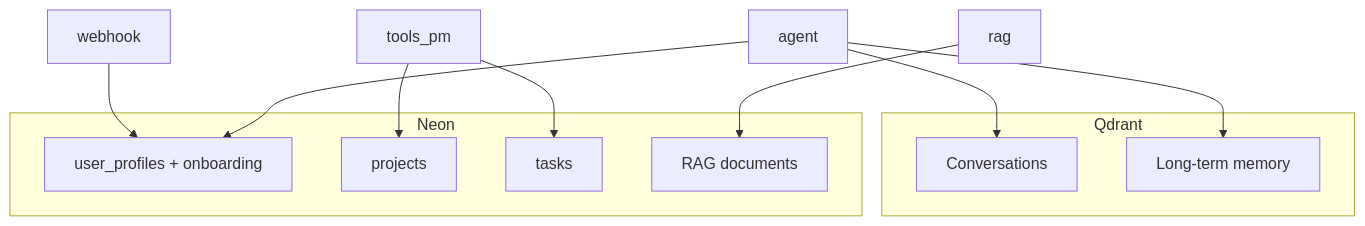
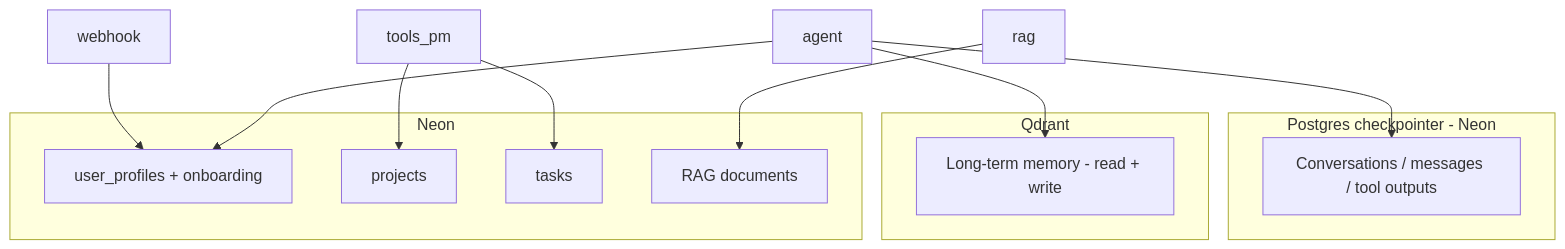
The second of 3 diagrams in PERSONAL_ASSISTANT_PATTERNS_APPENDIX.md (ketchupdev-prog/jayla-pa), drawn with Mermaid before and after one commit. The commit also changed other lines of this file and 9 other files, not shown here.

First line of the commit message:
feat: Postgres checkpointer for production (conversation persistence)

````diff
--- a/PERSONAL_ASSISTANT_PATTERNS_APPENDIX.md
+++ b/PERSONAL_ASSISTANT_PATTERNS_APPENDIX.md
@@ -83,20 +89,22 @@
 ```mermaid
 flowchart TB
+    subgraph Checkpointer[Postgres checkpointer - Neon]
+        conv[Conversations / messages / tool outputs]
+    end
     subgraph Qdrant
-        conv[Conversations]
-        ltm[Long-term memory]
+        ltm[Long-term memory - read + write]
     end
     subgraph Neon
         profiles[user_profiles + onboarding]
         projects[projects]
         tasks[tasks]
         docs[RAG documents]
     end
     agent --> conv
     agent --> ltm
     webhook --> profiles
     agent --> profiles
     tools_pm --> projects
     tools_pm --> tasks
     rag --> docs
 ```
````
